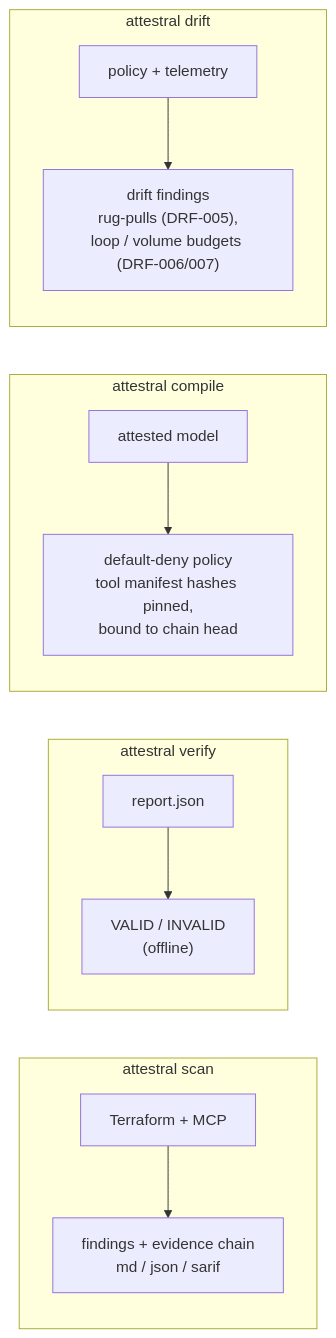
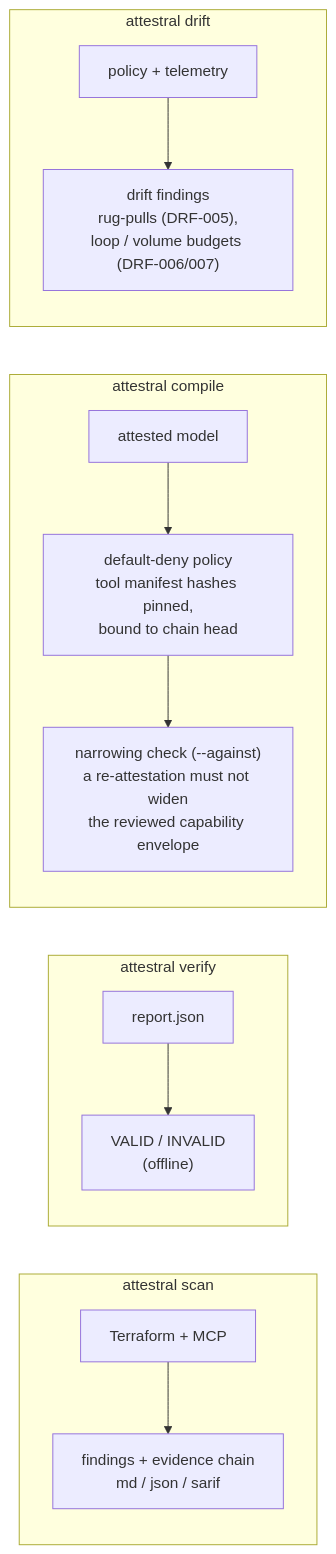
Before and after one commit to attestral-labs/attestral: the third of 4 diagrams in README.md, drawn with Mermaid. The commit also changed other lines of this file and 8 other files, not shown here.

First line of the commit message:
Compile as a narrowing (M7): attestral compile --against

````diff
--- a/README.md
+++ b/README.md
@@ -264,15 +264,16 @@
 ```mermaid
 flowchart LR
     subgraph scan["attestral scan"]
         s1["Terraform + MCP"] --> s2["findings + evidence chain<br/>md / json / sarif"]
     end
     subgraph verify["attestral verify"]
         v1["report.json"] --> v2["VALID / INVALID<br/>(offline)"]
     end
     subgraph compile["attestral compile"]
         c1["attested model"] --> c2["default-deny policy<br/>tool manifest hashes pinned,<br/>bound to chain head"]
+        c2 --> c3["narrowing check (--against)<br/>a re-attestation must not widen<br/>the reviewed capability envelope"]
     end
     subgraph drift["attestral drift"]
         d1["policy + telemetry"] --> d2["drift findings<br/>rug-pulls (DRF-005),<br/>loop / volume budgets (DRF-006/007)"]
     end
 ```
````
